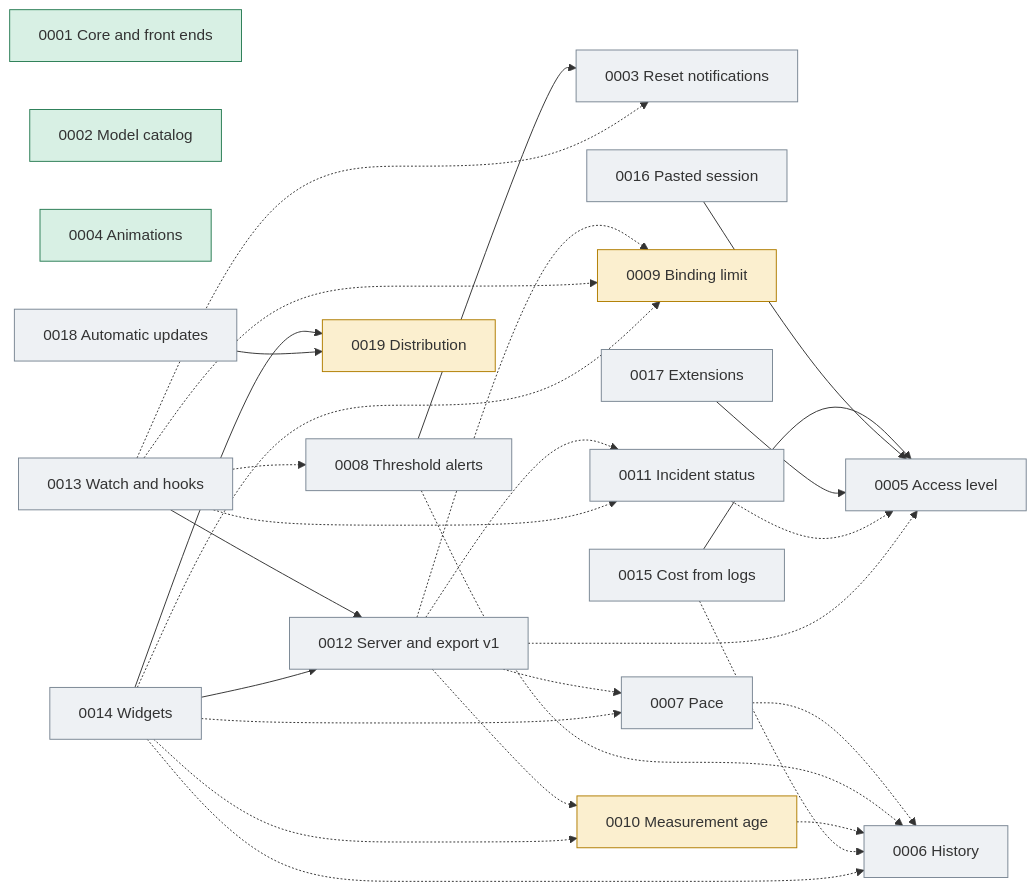
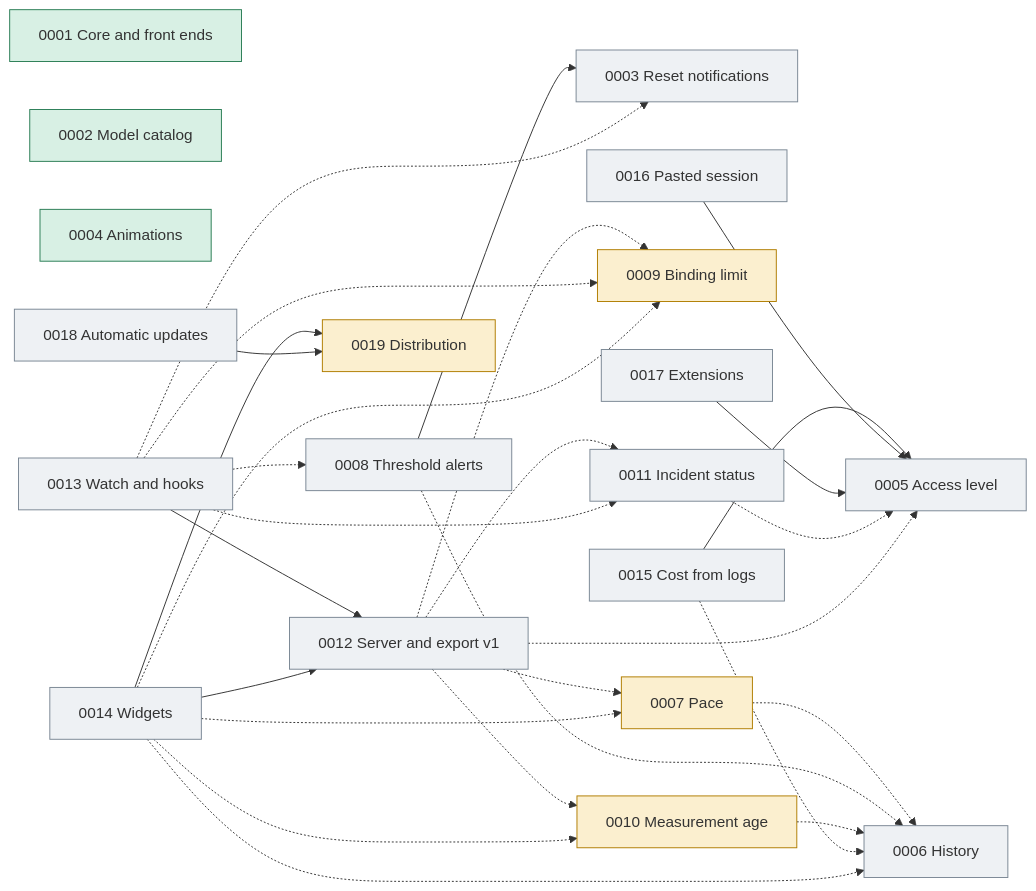
Before and after one commit to jmarcon/cuotai: the diagram in docs/plans/0000_control.md, drawn with Mermaid. The commit also changed other lines of this file and 13 other files, not shown here.

````diff
--- a/docs/plans/0000_control.md
+++ b/docs/plans/0000_control.md
@@ -73,54 +74,54 @@
 ```mermaid
 graph LR
   classDef done fill:#d8f0e4,stroke:#2a7d55
   classDef wip fill:#fbefcf,stroke:#b07d00
   classDef todo fill:#eef1f4,stroke:#7a8794
 
   P1["0001 Core and front ends"]:::done
   P2["0002 Model catalog"]:::done
   P3["0003 Reset notifications"]:::todo
   P4["0004 Animations"]:::done
   P5["0005 Access level"]:::todo
   P6["0006 History"]:::todo
-  P7["0007 Pace"]:::todo
+  P7["0007 Pace"]:::wip
   P8["0008 Threshold alerts"]:::todo
   P9["0009 Binding limit"]:::wip
   P10["0010 Measurement age"]:::wip
   P11["0011 Incident status"]:::todo
   P12["0012 Server and export v1"]:::todo
   P13["0013 Watch and hooks"]:::todo
   P14["0014 Widgets"]:::todo
   P15["0015 Cost from logs"]:::todo
   P16["0016 Pasted session"]:::todo
   P17["0017 Extensions"]:::todo
   P18["0018 Automatic updates"]:::todo
   P19["0019 Distribution"]:::wip
 
   P8 --> P3
   P13 --> P12
   P14 --> P12
   P14 --> P19
   P15 --> P5
   P16 --> P5
   P17 --> P5
   P18 --> P19
 
   P7 -.-> P6
   P8 -.-> P6
   P10 -.-> P6
   P11 -.-> P5
   P15 -.-> P6
   P12 -.-> P5
   P12 -.-> P7
   P12 -.-> P9
   P12 -.-> P10
   P12 -.-> P11
   P13 -.-> P3
   P13 -.-> P8
   P13 -.-> P9
   P13 -.-> P11
   P14 -.-> P6
   P14 -.-> P7
   P14 -.-> P9
   P14 -.-> P10
 ```
````
